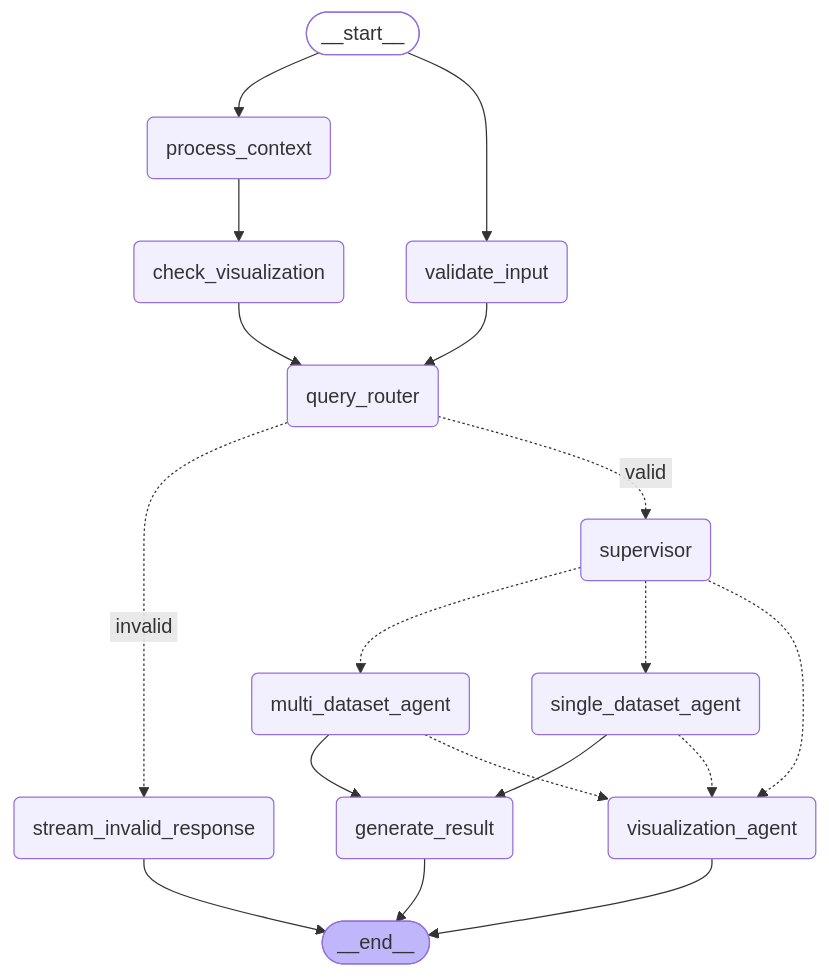
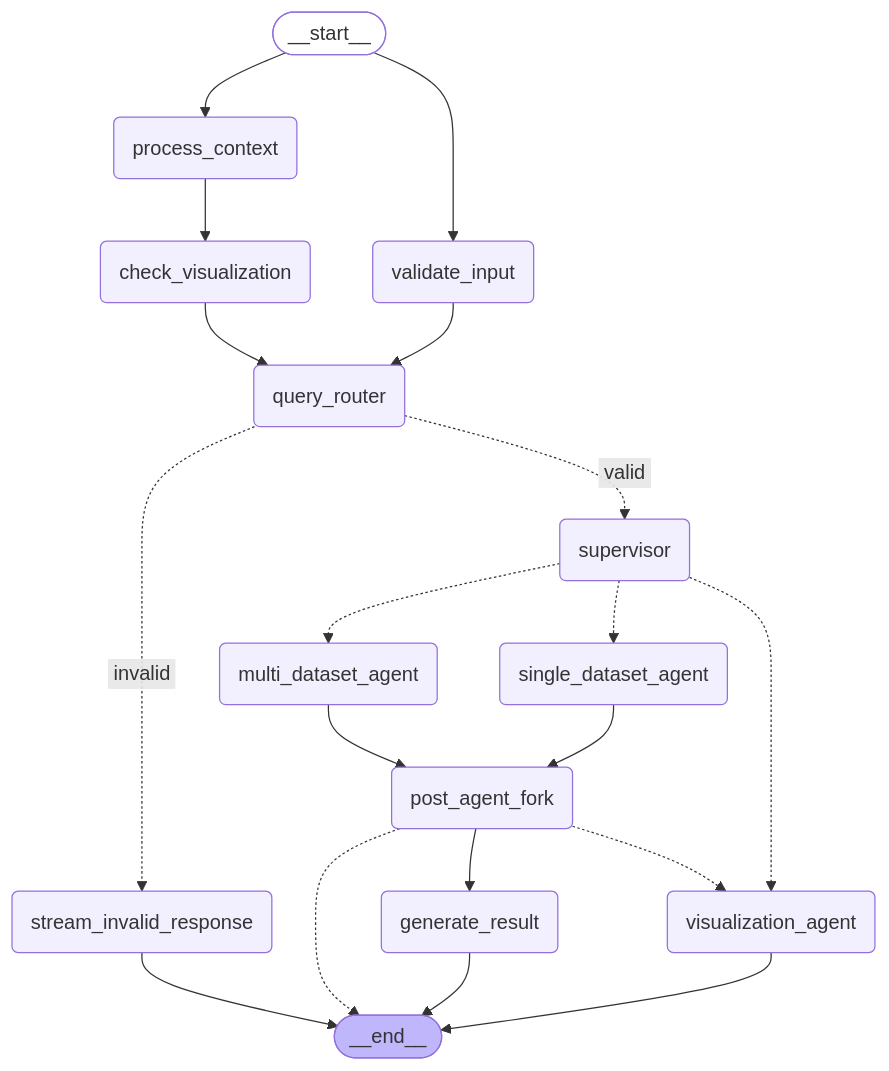
One commit to factly/gopie changed the diagram in chat-server/app/workflow/graph/graph_mermaid/agent_graph.mmd. Above: the diagram before and after it, drawn with Mermaid. The commit also changed 8 other files, not shown here.

Commit message:
chat-server: modify master agent graph & refactor prompts

```diff
--- a/chat-server/app/workflow/graph/graph_mermaid/agent_graph.mmd
+++ b/chat-server/app/workflow/graph/graph_mermaid/agent_graph.mmd
@@ -1,38 +1,40 @@
 ---
 config:
   flowchart:
     curve: basis
 ---
 graph TD;
 	__start__([<p>__start__</p>]):::first
 	validate_input(validate_input)
 	stream_invalid_response(stream_invalid_response)
 	process_context(process_context)
 	supervisor(supervisor)
 	multi_dataset_agent(multi_dataset_agent)
 	single_dataset_agent(single_dataset_agent)
 	visualization_agent(visualization_agent)
 	check_visualization(check_visualization)
 	generate_result(generate_result)
+	post_agent_fork(post_agent_fork)
 	query_router(query_router)
 	__end__([<p>__end__</p>]):::last
 	__start__ --> process_context;
 	__start__ --> validate_input;
 	check_visualization --> query_router;
-	multi_dataset_agent --> generate_result;
-	multi_dataset_agent -.-> visualization_agent;
+	multi_dataset_agent --> post_agent_fork;
+	post_agent_fork -.-> __end__;
+	post_agent_fork --> generate_result;
+	post_agent_fork -.-> visualization_agent;
 	process_context --> check_visualization;
 	query_router -. &nbsp;invalid&nbsp; .-> stream_invalid_response;
 	query_router -. &nbsp;valid&nbsp; .-> supervisor;
-	single_dataset_agent --> generate_result;
-	single_dataset_agent -.-> visualization_agent;
+	single_dataset_agent --> post_agent_fork;
 	supervisor -.-> multi_dataset_agent;
 	supervisor -.-> single_dataset_agent;
 	supervisor -.-> visualization_agent;
 	validate_input --> query_router;
 	generate_result --> __end__;
 	stream_invalid_response --> __end__;
 	visualization_agent --> __end__;
 	classDef default fill:#f2f0ff,line-height:1.2
 	classDef first fill-opacity:0
 	classDef last fill:#bfb6fc
```
